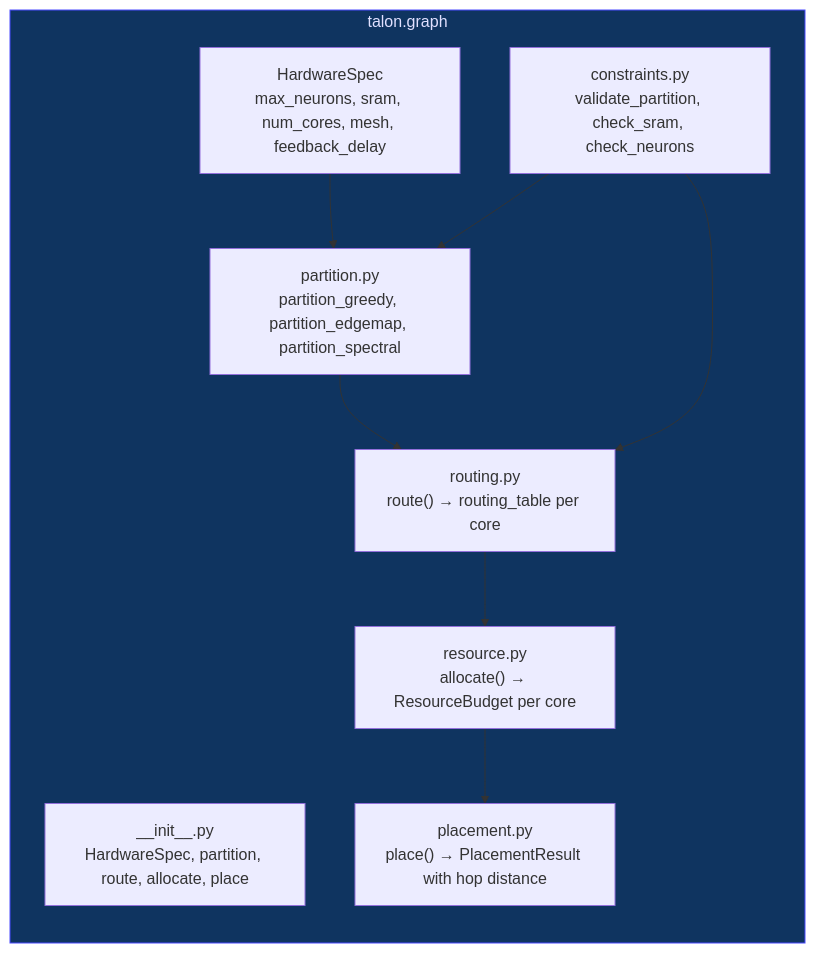
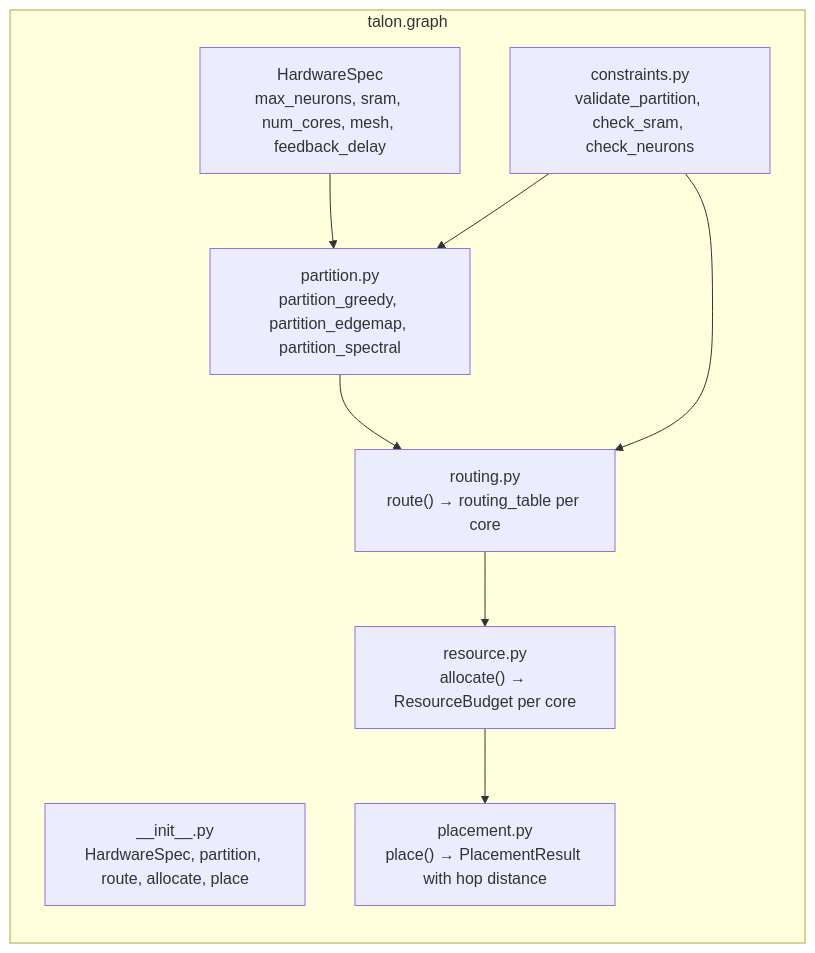
The fifth of 9 diagrams in docs/talon-ecosystem/architecture.md (type1compute/docs), drawn with Mermaid before and after one commit. The commit also changed other lines of this file and 35 other files, not shown here.

````diff
--- a/docs/talon-ecosystem/architecture.md
+++ b/docs/talon-ecosystem/architecture.md
@@ -285,21 +283,20 @@
 ```mermaid
 graph LR
     subgraph talon.graph
         Init["__init__.py<br/>HardwareSpec, partition, route, allocate, place"]
         HW["HardwareSpec<br/>max_neurons, sram, num_cores, mesh, feedback_delay"]
         Partition["partition.py<br/>partition_greedy, partition_edgemap, partition_spectral"]
         Route["routing.py<br/>route() → routing_table per core"]
         Alloc["resource.py<br/>allocate() → ResourceBudget per core"]
         Place["placement.py<br/>place() → PlacementResult with hop distance"]
         Constraints["constraints.py<br/>validate_partition, check_sram, check_neurons"]
     end
 
     HW --> Partition
     Partition --> Route
     Route --> Alloc
     Alloc --> Place
     Constraints --> Partition
     Constraints --> Route
 
-    style talon.graph fill:#0f3460,color:#e0e0ff,stroke:#4a4aff
 ```
````
